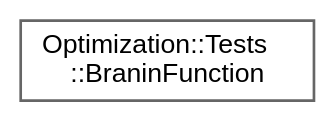
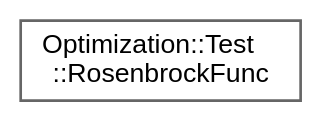
Before and after one commit to jswoo0615/Algorithms_for_Optimization_cpp: the diagram in inherit_graph_32.dot, drawn with Graphviz. The commit also changed 37 other files, not shown here.

```diff
--- a/inherit_graph_32.dot
+++ b/inherit_graph_32.dot
@@ -1,9 +1,9 @@
 digraph "Graphical Class Hierarchy"
 {
  // LATEX_PDF_SIZE
   bgcolor="transparent";
   edge [fontname=Helvetica,fontsize=10,labelfontname=Helvetica,labelfontsize=10];
   node [fontname=Helvetica,fontsize=10,shape=box,height=0.2,width=0.4];
   rankdir="LR";
-  Node0 [id="Node000000",label="Optimization::Tests\l::BraninFunction",height=0.2,width=0.4,color="grey40", fillcolor="white", style="filled",URL="$structOptimization_1_1Tests_1_1BraninFunction.html",tooltip="Branin Function (전역 최적화 테스트용 벤치마크)"];
+  Node0 [id="Node000000",label="Optimization::Test\l::RosenbrockFunc",height=0.2,width=0.4,color="grey40", fillcolor="white", style="filled",URL="$structOptimization_1_1Test_1_1RosenbrockFunc.html",tooltip=" "];
 }
```
